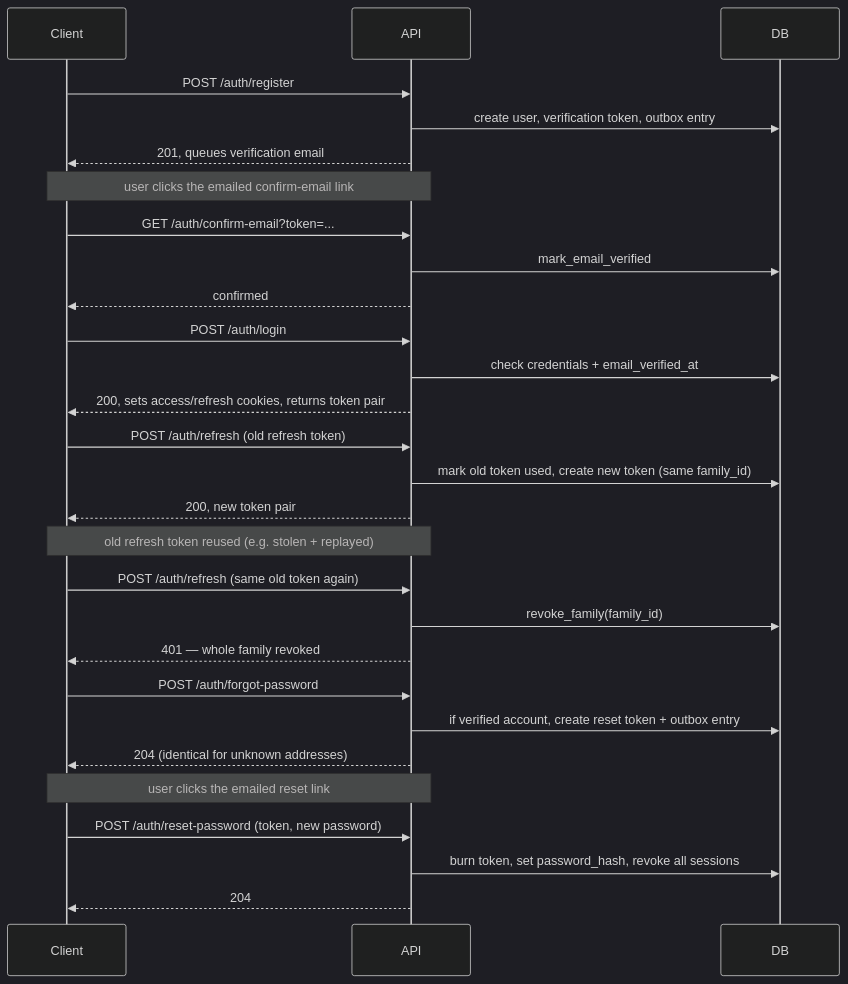
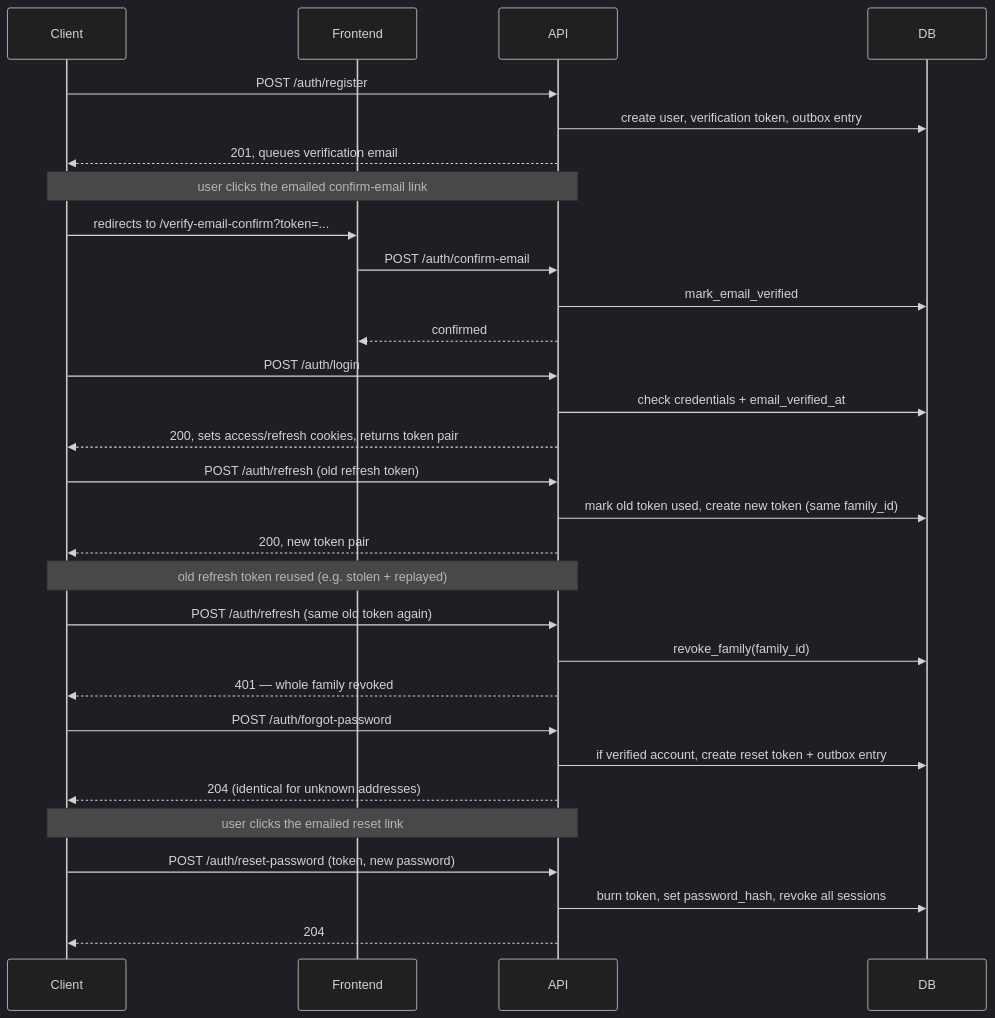
Before and after one commit to jbtwist/FastApi-Backend-Template: the first of 2 diagrams in docs/architecture/overview.md, drawn with Mermaid (dark theme). The commit also changed 3 other files, not shown here.

````diff
--- a/docs/architecture/overview.md
+++ b/docs/architecture/overview.md
@@ -49,37 +49,39 @@
 ```mermaid
 sequenceDiagram
     participant Client
+    participant Frontend
     participant API
     participant DB
 
     Client->>API: POST /auth/register
     API->>DB: create user, verification token, outbox entry
     API-->>Client: 201, queues verification email
 
     Note over Client,API: user clicks the emailed confirm-email link
-    Client->>API: GET /auth/confirm-email?token=...
+    Client->>Frontend: redirects to /verify-email-confirm?token=...
+    Frontend->>API: POST /auth/confirm-email
     API->>DB: mark_email_verified
-    API-->>Client: confirmed
+    API-->>Frontend: confirmed
 
     Client->>API: POST /auth/login
     API->>DB: check credentials + email_verified_at
     API-->>Client: 200, sets access/refresh cookies, returns token pair
 
     Client->>API: POST /auth/refresh (old refresh token)
     API->>DB: mark old token used, create new token (same family_id)
     API-->>Client: 200, new token pair
 
     Note over Client,API: old refresh token reused (e.g. stolen + replayed)
     Client->>API: POST /auth/refresh (same old token again)
     API->>DB: revoke_family(family_id)
     API-->>Client: 401 — whole family revoked
 
     Client->>API: POST /auth/forgot-password
     API->>DB: if verified account, create reset token + outbox entry
     API-->>Client: 204 (identical for unknown addresses)
 
     Note over Client,API: user clicks the emailed reset link
     Client->>API: POST /auth/reset-password (token, new password)
     API->>DB: burn token, set password_hash, revoke all sessions
     API-->>Client: 204
 ```
````
